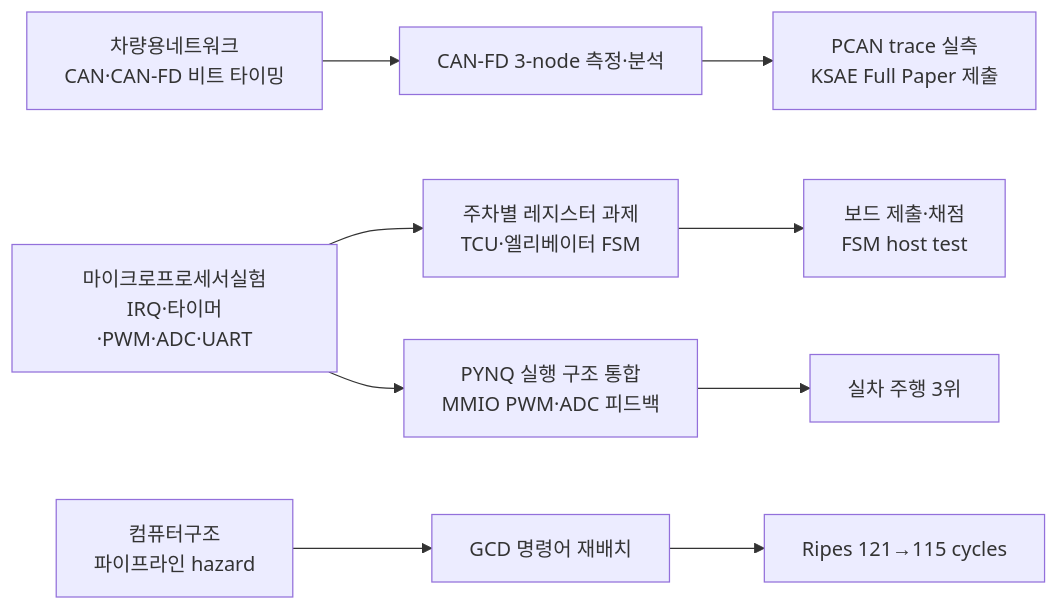
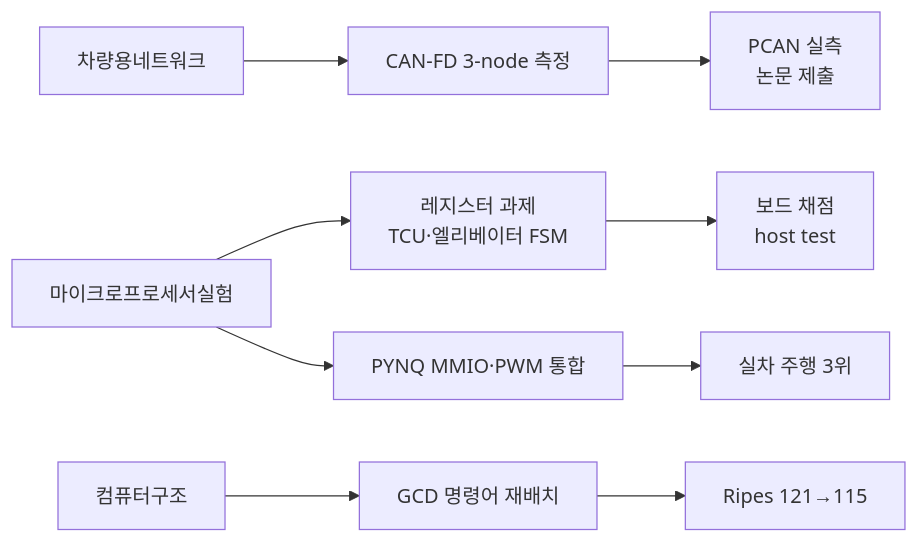
Before and after one commit to choiYhunn/choiYhunn: the first of 2 diagrams in TRAINING.md, drawn with Mermaid. The commit also changed 3 other files, not shown here.

````diff
--- a/TRAINING.md
+++ b/TRAINING.md
@@ -15,7 +15,7 @@
 ```mermaid
 flowchart LR
-    VN["차량용네트워크<br/>CAN·CAN-FD 비트 타이밍"] --> CF["CAN-FD 3-node 측정·분석"] --> CFV["PCAN trace 실측<br/>KSAE Full Paper 제출"]
-    ML["마이크로프로세서실험<br/>IRQ·타이머·PWM·ADC·UART"] --> WL["주차별 레지스터 과제<br/>TCU·엘리베이터 FSM"] --> WLV["보드 제출·채점<br/>FSM host test"]
-    ML --> PQ["PYNQ 실행 구조 통합<br/>MMIO PWM·ADC 피드백"] --> PQV["실차 주행 3위"]
-    CA["컴퓨터구조<br/>파이프라인 hazard"] --> RV["GCD 명령어 재배치"] --> RVV["Ripes 121→115 cycles"]
+    VN["차량용네트워크"] --> CF["CAN-FD 3-node 측정"] --> CFV["PCAN 실측<br/>논문 제출"]
+    ML["마이크로프로세서실험"] --> WL["레지스터 과제<br/>TCU·엘리베이터 FSM"] --> WLV["보드 채점<br/>host test"]
+    ML --> PQ["PYNQ MMIO·PWM 통합"] --> PQV["실차 주행 3위"]
+    CA["컴퓨터구조"] --> RV["GCD 명령어 재배치"] --> RVV["Ripes 121→115"]
 ```
````
